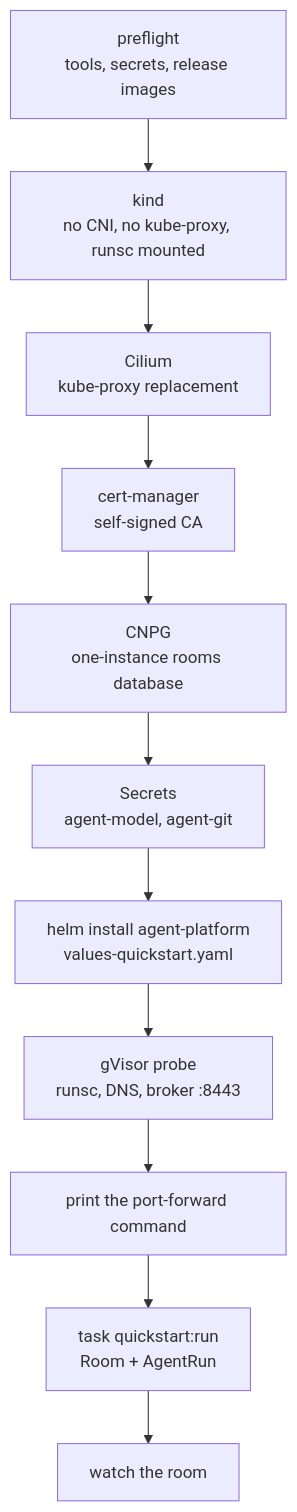
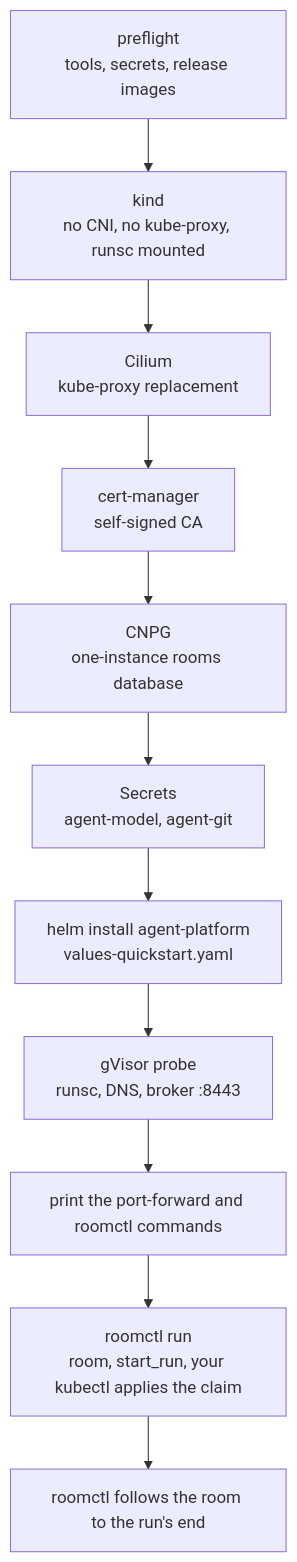
Before and after one commit to Smana/agent-platform: the diagram in docs/quickstart.md, drawn with Mermaid. The commit also changed other lines of this file and 63 other files, not shown here.

First line of the commit message:
feat(quickstart): roomctl run, a factory-free chart, and the local-mode review fixes

````diff
--- a/docs/quickstart.md
+++ b/docs/quickstart.md
@@ -22,8 +25,8 @@
 ```mermaid
 flowchart TD
   P["preflight<br/>tools, secrets, release images"] --> K["kind<br/>no CNI, no kube-proxy, runsc mounted"]
   K --> C["Cilium<br/>kube-proxy replacement"] --> M["cert-manager<br/>self-signed CA"]
   M --> N["CNPG<br/>one-instance rooms database"] --> S["Secrets<br/>agent-model, agent-git"]
   S --> H["helm install agent-platform<br/>values-quickstart.yaml"]
-  H --> G["gVisor probe<br/>runsc, DNS, broker :8443"] --> F["print the port-forward command"] --> R["task quickstart:run<br/>Room + AgentRun"] --> W["watch the room"]
+  H --> G["gVisor probe<br/>runsc, DNS, broker :8443"] --> F["print the port-forward and roomctl commands"] --> R["roomctl run<br/>room, start_run, your kubectl applies the claim"] --> W["roomctl follows the room to the run's end"]
 ```
````
